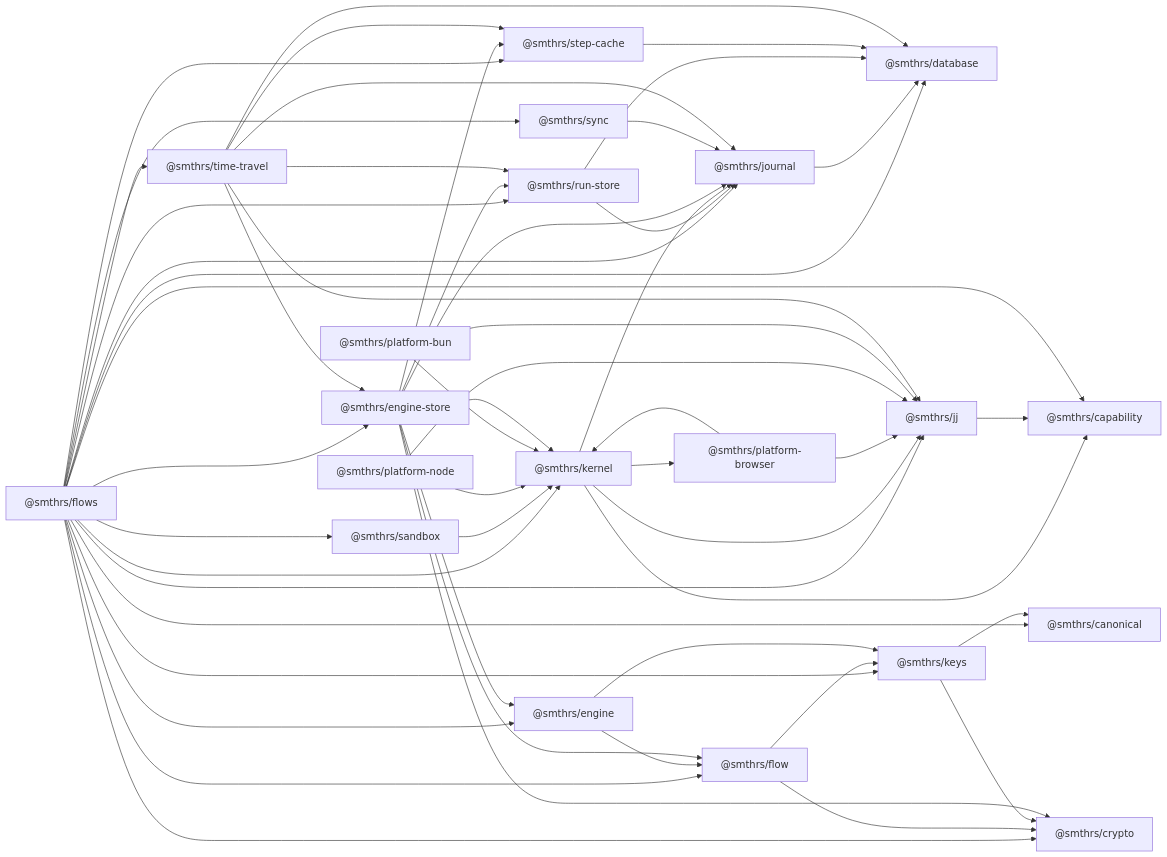
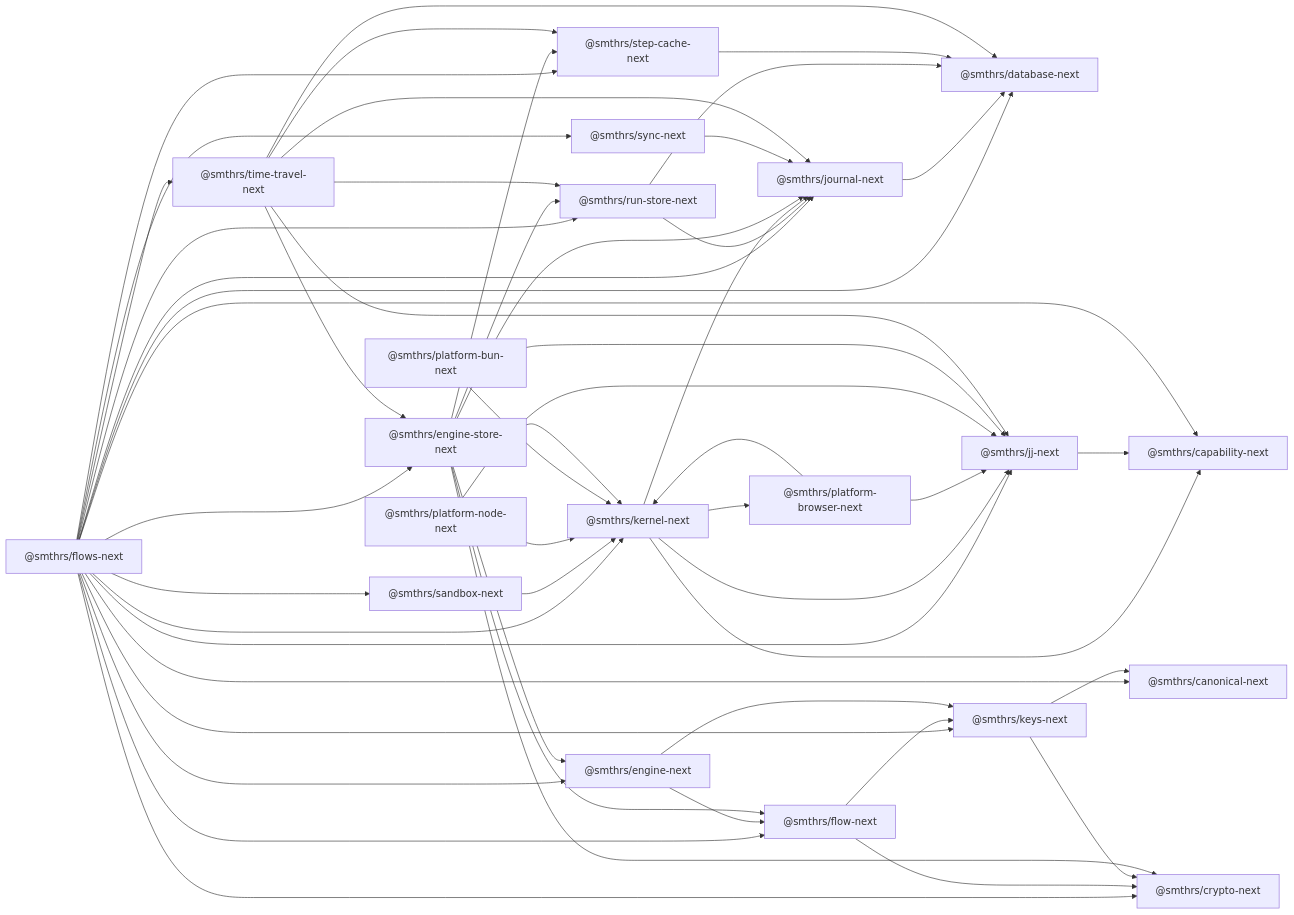
One commit to smithersai/flows changed the diagram in docs/pages/package-structure.md. Above: the diagram before and after it, drawn with Mermaid. The commit also changed other lines of this file and 519 other files, not shown here.

First line of the commit message:
🚚 refactor(packages): rename @smthrs/* to temporary @smthrs/*-next

````diff
--- a/docs/pages/package-structure.md
+++ b/docs/pages/package-structure.md
@@ -54,77 +54,77 @@
 ```mermaid
 flowchart LR
-  FLOWS["@smthrs/flows"]
-  TT["@smthrs/time-travel"]
-  ES["@smthrs/engine-store"]
-  SYNC["@smthrs/sync"]
-  KERNEL["@smthrs/kernel"]
-  FLOW["@smthrs/flow"]
-  ENGINE["@smthrs/engine"]
-  JOURNAL["@smthrs/journal"]
-  RUNSTORE["@smthrs/run-store"]
-  STEPCACHE["@smthrs/step-cache"]
-  DB["@smthrs/database"]
-  JJ["@smthrs/jj"]
-  SANDBOX["@smthrs/sandbox"]
-  PB["@smthrs/platform-browser"]
-  PN["@smthrs/platform-node"]
-  PBUN["@smthrs/platform-bun"]
-  KEYS["@smthrs/keys"]
-  CRYPTO["@smthrs/crypto"]
-  CANONICAL["@smthrs/canonical"]
-  CAP["@smthrs/capability"]
+  FLOWS["@smthrs/flows-next"]
+  TT["@smthrs/time-travel-next"]
+  ES["@smthrs/engine-store-next"]
+  SYNC["@smthrs/sync-next"]
+  KERNEL["@smthrs/kernel-next"]
+  FLOW["@smthrs/flow-next"]
+  ENGINE["@smthrs/engine-next"]
+  JOURNAL["@smthrs/journal-next"]
+  RUNSTORE["@smthrs/run-store-next"]
+  STEPCACHE["@smthrs/step-cache-next"]
+  DB["@smthrs/database-next"]
+  JJ["@smthrs/jj-next"]
+  SANDBOX["@smthrs/sandbox-next"]
+  PB["@smthrs/platform-browser-next"]
+  PN["@smthrs/platform-node-next"]
+  PBUN["@smthrs/platform-bun-next"]
+  KEYS["@smthrs/keys-next"]
+  CRYPTO["@smthrs/crypto-next"]
+  CANONICAL["@smthrs/canonical-next"]
+  CAP["@smthrs/capability-next"]
 
   KERNEL --> CAP
   JJ --> CAP
   FLOWS --> CAP
 
   FLOWS --> JJ
   FLOWS --> SANDBOX
   FLOWS --> DB
   FLOWS --> JOURNAL
   FLOWS --> RUNSTORE
   FLOWS --> STEPCACHE
   FLOWS --> KERNEL
   FLOWS --> KEYS
   FLOWS --> CRYPTO
   FLOWS --> CANONICAL
   FLOWS --> FLOW
   FLOWS --> ENGINE
   FLOWS --> ES
   FLOWS --> SYNC
   FLOWS --> TT
   JOURNAL --> DB
   RUNSTORE --> DB
   RUNSTORE --> JOURNAL
   STEPCACHE --> DB
   SANDBOX --> KERNEL
   KERNEL --> JJ
   KERNEL --> PB
   KERNEL --> JOURNAL
   PB --> KERNEL
   PB --> JJ
   PN --> KERNEL
   PN --> JJ
   PBUN --> KERNEL
   PBUN --> JJ
   FLOW --> KEYS
   FLOW --> CRYPTO
   ENGINE --> FLOW
   ENGINE --> KEYS
   KEYS --> CANONICAL
   KEYS --> CRYPTO
   ES --> FLOW
   ES --> ENGINE
   ES --> CRYPTO
   ES --> JOURNAL
   ES --> RUNSTORE
   ES --> STEPCACHE
   ES --> KERNEL
   SYNC --> JOURNAL
   TT --> DB
   TT --> ES
   TT --> JJ
   TT --> JOURNAL
   TT --> RUNSTORE
   TT --> STEPCACHE
 ```
````
